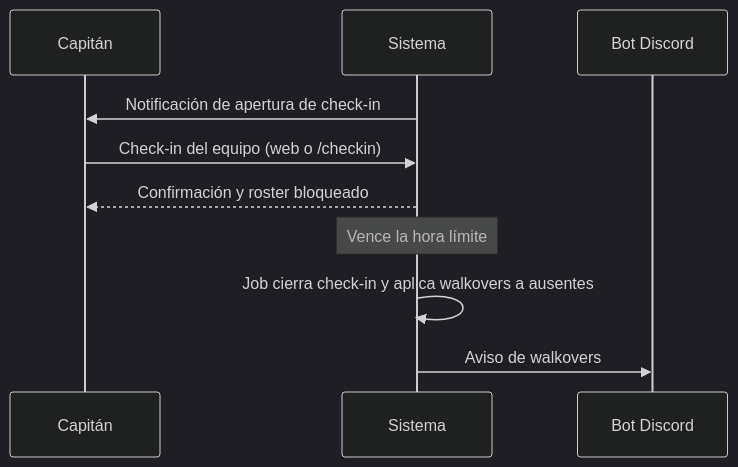
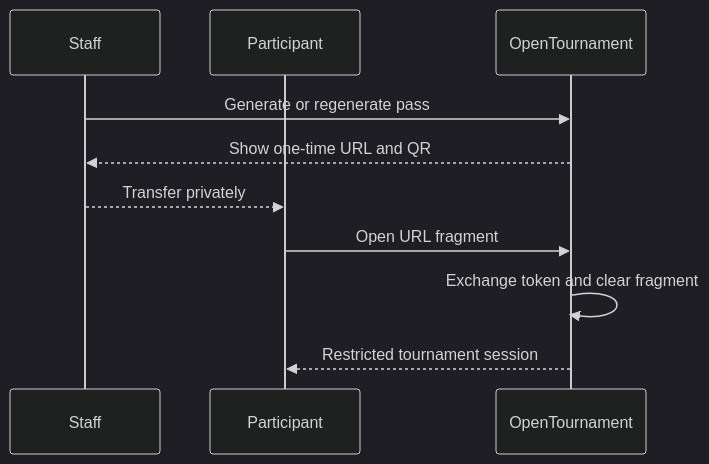
The fourth of 8 diagrams in docs/USER_FLOWS.md (Dieguezar/opentournament), drawn with Mermaid (dark theme) before and after one commit. The commit also changed other lines of this file and 10 other files, not shown here.

````diff
--- a/docs/USER_FLOWS.md
+++ b/docs/USER_FLOWS.md
@@ -56,12 +50,12 @@
 ```mermaid
 sequenceDiagram
-  participant C as Capitán
-  participant S as Sistema
-  participant B as Bot Discord
-  S->>C: Notificación de apertura de check-in
-  C->>S: Check-in del equipo (web o /checkin)
-  S-->>C: Confirmación y roster bloqueado
-  Note over S: Vence la hora límite
-  S->>S: Job cierra check-in y aplica walkovers a ausentes
-  S->>B: Aviso de walkovers
+  participant S as Staff
+  participant P as Participant
+  participant A as OpenTournament
+  S->>A: Generate or regenerate pass
+  A-->>S: Show one-time URL and QR
+  S-->>P: Transfer privately
+  P->>A: Open URL fragment
+  A->>A: Exchange token and clear fragment
+  A-->>P: Restricted tournament session
 ```
````
